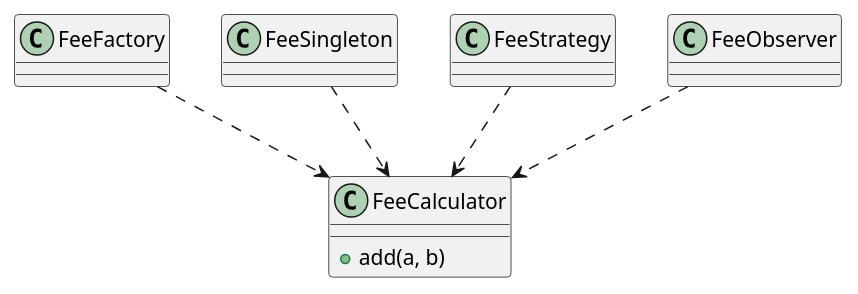
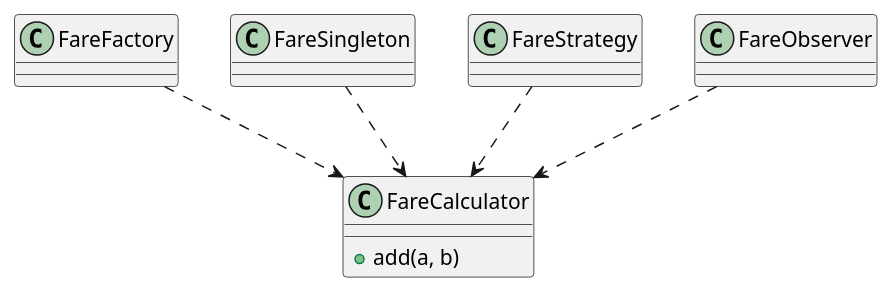
Before and after one commit to traiansf/traiansf.github.io: the first of 2 diagrams in class/amss-2026/curs/08-patterns-i.md, drawn with PlantUML. The commit also changed other lines of this file and 26 other files, not shown here.

````diff
--- a/class/amss-2026/curs/08-patterns-i.md
+++ b/class/amss-2026/curs/08-patterns-i.md
@@ -169,15 +181,15 @@
 ```plantuml
 @startuml
-class FeeFactory
-class FeeSingleton
-class FeeStrategy
-class FeeObserver
-class FeeCalculator {
+class FareFactory
+class FareSingleton
+class FareStrategy
+class FareObserver
+class FareCalculator {
   + add(a, b)
 }
-FeeFactory ..> FeeCalculator
-FeeSingleton ..> FeeCalculator
-FeeStrategy ..> FeeCalculator
-FeeObserver ..> FeeCalculator
+FareFactory ..> FareCalculator
+FareSingleton ..> FareCalculator
+FareStrategy ..> FareCalculator
+FareObserver ..> FareCalculator
 @enduml
 ```
````
